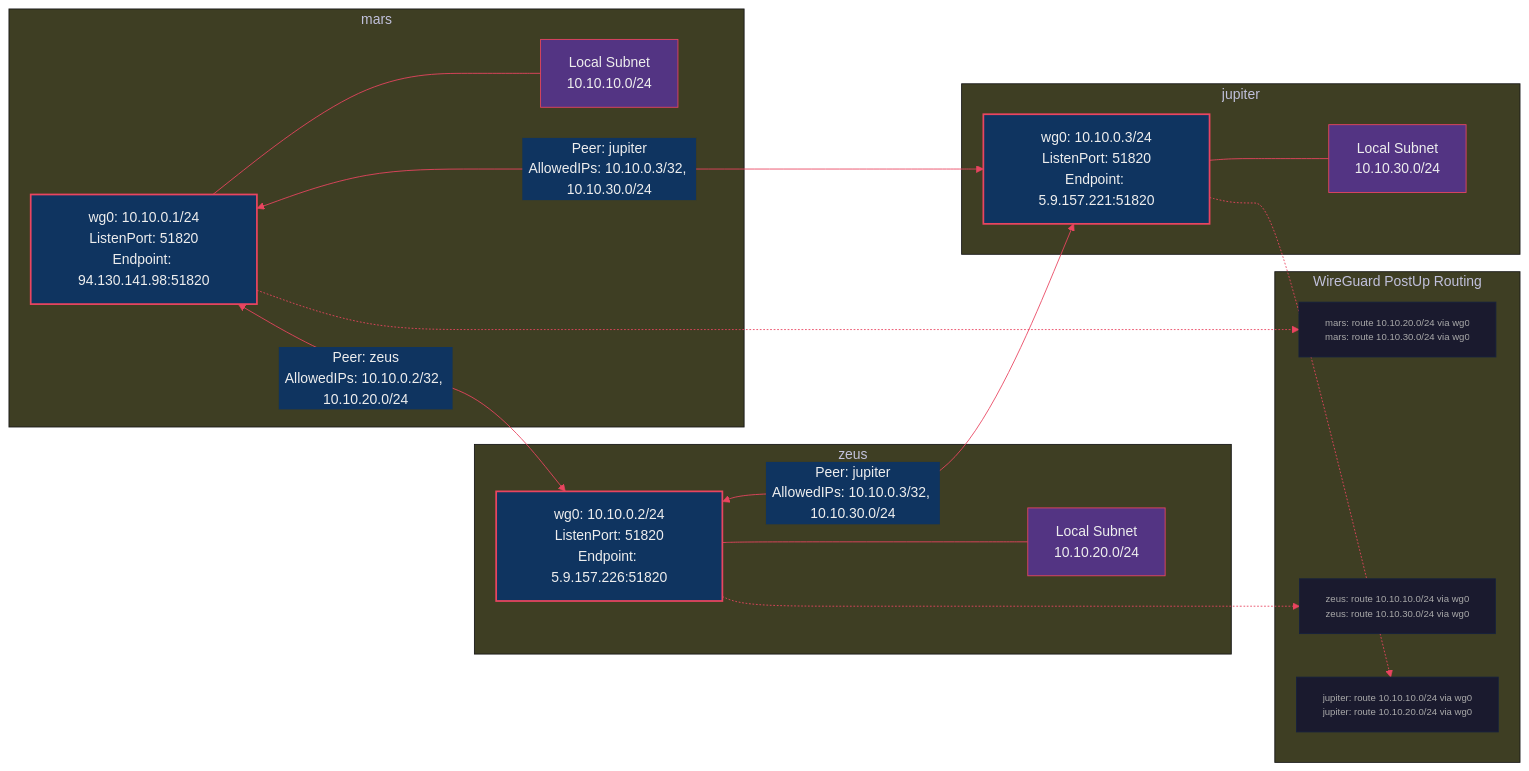
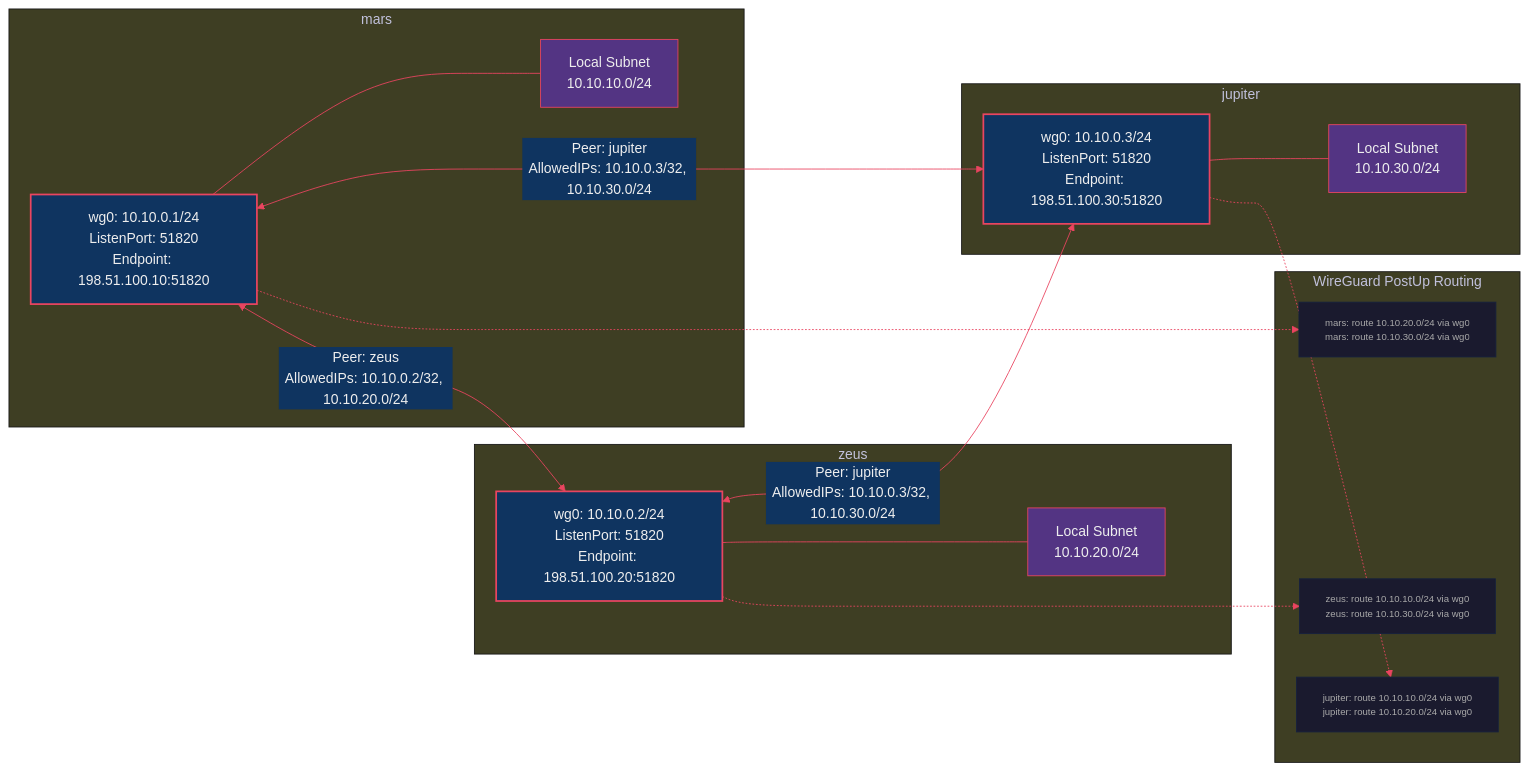
The diagram in docs/diagrams/03-wireguard-mesh.mmd (gjovanov/k8s-cluster-multi), drawn with Mermaid before and after one commit. The commit also changed 24 other files, not shown here.

```diff
--- a/docs/diagrams/03-wireguard-mesh.mmd
+++ b/docs/diagrams/03-wireguard-mesh.mmd
@@ -1,41 +1,41 @@
 %%{init: {'theme': 'base', 'themeVariables': {'primaryColor': '#1a1a2e', 'primaryTextColor': '#eee', 'lineColor': '#e94560', 'secondaryColor': '#0f3460'}}}%%
 graph LR
     subgraph MARS["mars"]
-        MARS_WG["wg0: 10.10.0.1/24<br/>ListenPort: 51820<br/>Endpoint: 94.130.141.98:51820"]
+        MARS_WG["wg0: 10.10.0.1/24<br/>ListenPort: 51820<br/>Endpoint: 198.51.100.10:51820"]
         MARS_SUB["Local Subnet<br/>10.10.10.0/24"]
         MARS_WG --- MARS_SUB
     end
 
     subgraph ZEUS["zeus"]
-        ZEUS_WG["wg0: 10.10.0.2/24<br/>ListenPort: 51820<br/>Endpoint: 5.9.157.226:51820"]
+        ZEUS_WG["wg0: 10.10.0.2/24<br/>ListenPort: 51820<br/>Endpoint: 198.51.100.20:51820"]
         ZEUS_SUB["Local Subnet<br/>10.10.20.0/24"]
         ZEUS_WG --- ZEUS_SUB
     end
 
     subgraph JUPITER["jupiter"]
-        JUPITER_WG["wg0: 10.10.0.3/24<br/>ListenPort: 51820<br/>Endpoint: 5.9.157.221:51820"]
+        JUPITER_WG["wg0: 10.10.0.3/24<br/>ListenPort: 51820<br/>Endpoint: 198.51.100.30:51820"]
         JUPITER_SUB["Local Subnet<br/>10.10.30.0/24"]
         JUPITER_WG --- JUPITER_SUB
     end
 
     MARS_WG <-->|"Peer: zeus<br/>AllowedIPs: 10.10.0.2/32, 10.10.20.0/24"| ZEUS_WG
     MARS_WG <-->|"Peer: jupiter<br/>AllowedIPs: 10.10.0.3/32, 10.10.30.0/24"| JUPITER_WG
     ZEUS_WG <-->|"Peer: jupiter<br/>AllowedIPs: 10.10.0.3/32, 10.10.30.0/24"| JUPITER_WG
 
     subgraph ROUTING["WireGuard PostUp Routing"]
         R1["mars: route 10.10.20.0/24 via wg0<br/>mars: route 10.10.30.0/24 via wg0"]
         R2["zeus: route 10.10.10.0/24 via wg0<br/>zeus: route 10.10.30.0/24 via wg0"]
         R3["jupiter: route 10.10.10.0/24 via wg0<br/>jupiter: route 10.10.20.0/24 via wg0"]
     end
 
     MARS_WG -.-> R1
     ZEUS_WG -.-> R2
     JUPITER_WG -.-> R3
 
     classDef wgStyle fill:#0f3460,stroke:#e94560,stroke-width:2px,color:#eee
     classDef subnetStyle fill:#533483,stroke:#e94560,stroke-width:1px,color:#eee
     classDef routeStyle fill:#1a1a2e,stroke:#16213e,stroke-width:1px,color:#aaa,font-size:11px
 
     class MARS_WG,ZEUS_WG,JUPITER_WG wgStyle
     class MARS_SUB,ZEUS_SUB,JUPITER_SUB subnetStyle
     class R1,R2,R3 routeStyle
```
